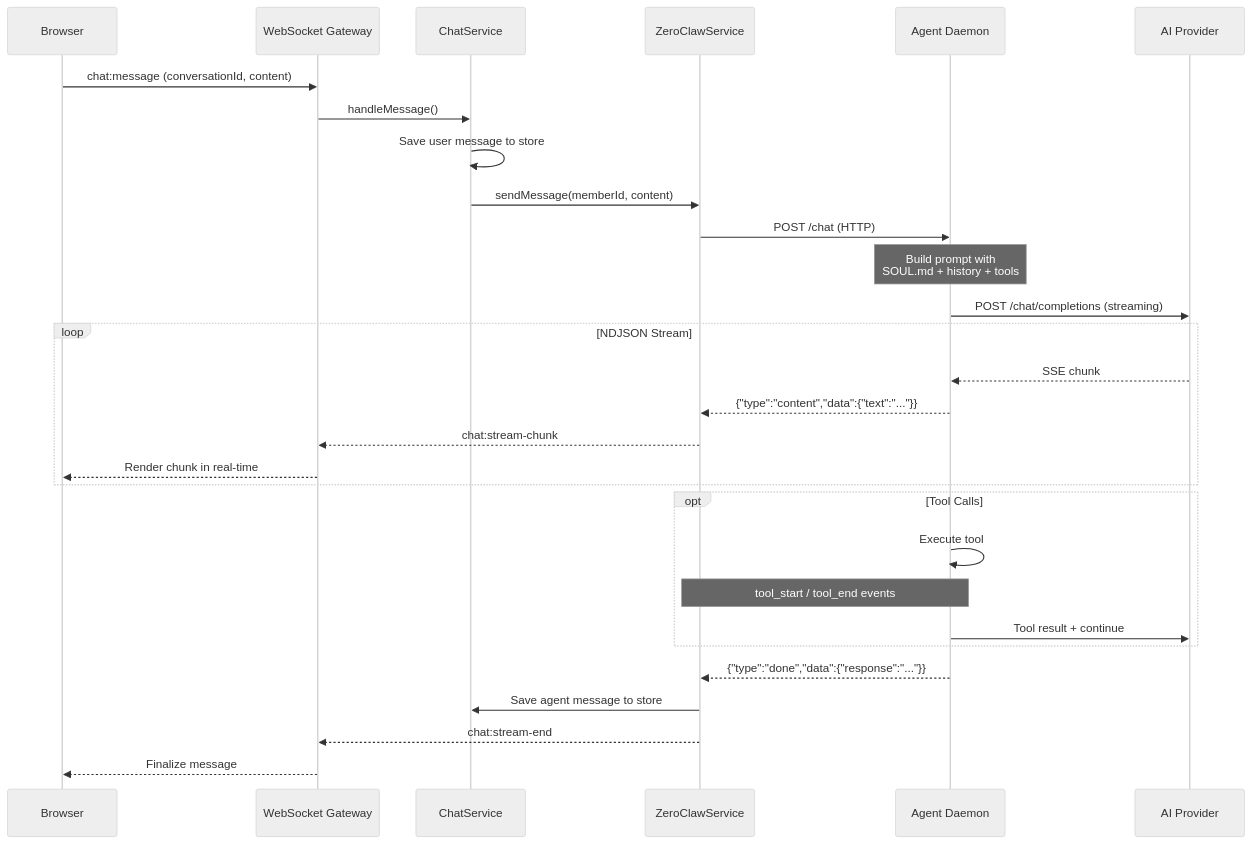
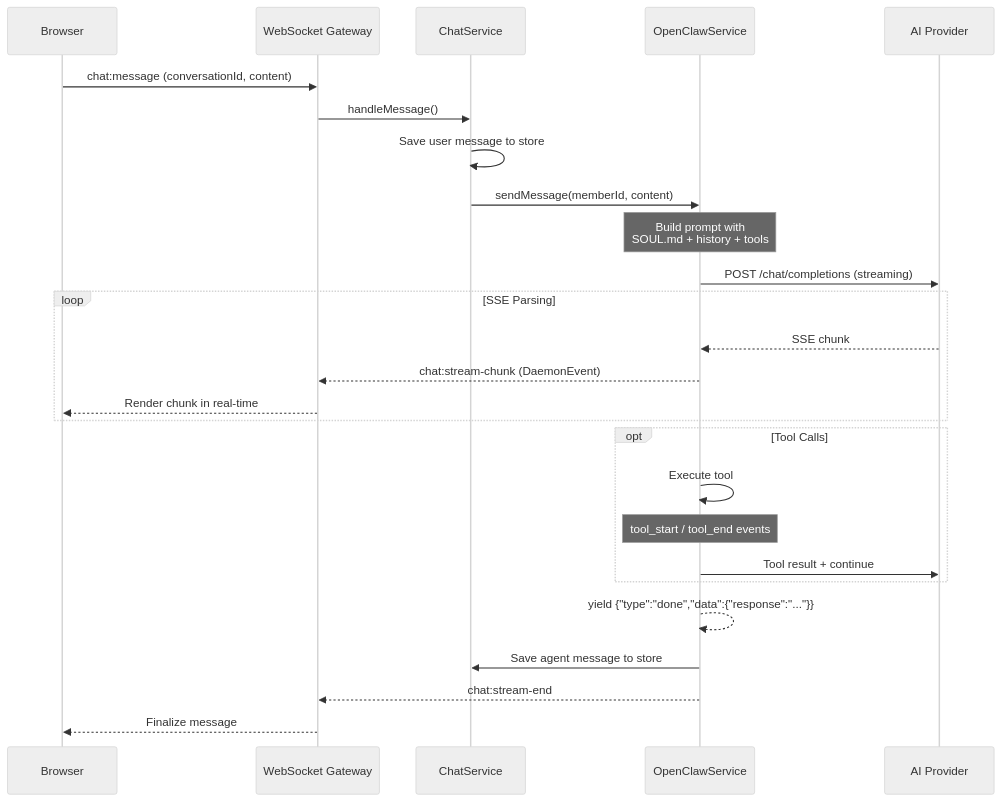
One commit to pde-rent/monokeros changed the fifth of 8 diagrams in docs/core-concepts/agents.md. Above: the diagram before and after it, drawn with Mermaid (neutral theme). The commit also changed other lines of this file and 31 other files, not shown here.

First line of the commit message:
feat: rewrite docs for OpenClaw, add acceptance criteria and artifact models

````diff
--- a/docs/core-concepts/agents.md
+++ b/docs/core-concepts/agents.md
@@ -203,37 +186,34 @@
 ```mermaid
 sequenceDiagram
     participant Client as Browser
     participant WS as WebSocket Gateway
     participant API as ChatService
-    participant ZC as ZeroClawService
-    participant Daemon as Agent Daemon
+    participant OC as OpenClawService
     participant LLM as AI Provider
 
     Client->>WS: chat:message (conversationId, content)
     WS->>API: handleMessage()
     API->>API: Save user message to store
-    API->>ZC: sendMessage(memberId, content)
-    ZC->>Daemon: POST /chat (HTTP)
+    API->>OC: sendMessage(memberId, content)
 
-    Note over Daemon: Build prompt with<br/>SOUL.md + history + tools
+    Note over OC: Build prompt with<br/>SOUL.md + history + tools
 
-    Daemon->>LLM: POST /chat/completions (streaming)
+    OC->>LLM: POST /chat/completions (streaming)
 
-    loop NDJSON Stream
-        LLM-->>Daemon: SSE chunk
-        Daemon-->>ZC: {"type":"content","data":{"text":"..."}}
-        ZC-->>WS: chat:stream-chunk
+    loop SSE Parsing
+        LLM-->>OC: SSE chunk
+        OC-->>WS: chat:stream-chunk (DaemonEvent)
         WS-->>Client: Render chunk in real-time
     end
 
     opt Tool Calls
-        Daemon->>Daemon: Execute tool
-        Note over Daemon,ZC: tool_start / tool_end events
-        Daemon->>LLM: Tool result + continue
+        OC->>OC: Execute tool
+        Note over OC: tool_start / tool_end events
+        OC->>LLM: Tool result + continue
     end
 
-    Daemon-->>ZC: {"type":"done","data":{"response":"..."}}
-    ZC->>API: Save agent message to store
-    ZC-->>WS: chat:stream-end
+    OC-->>OC: yield {"type":"done","data":{"response":"..."}}
+    OC->>API: Save agent message to store
+    OC-->>WS: chat:stream-end
     WS-->>Client: Finalize message
 ```
````
